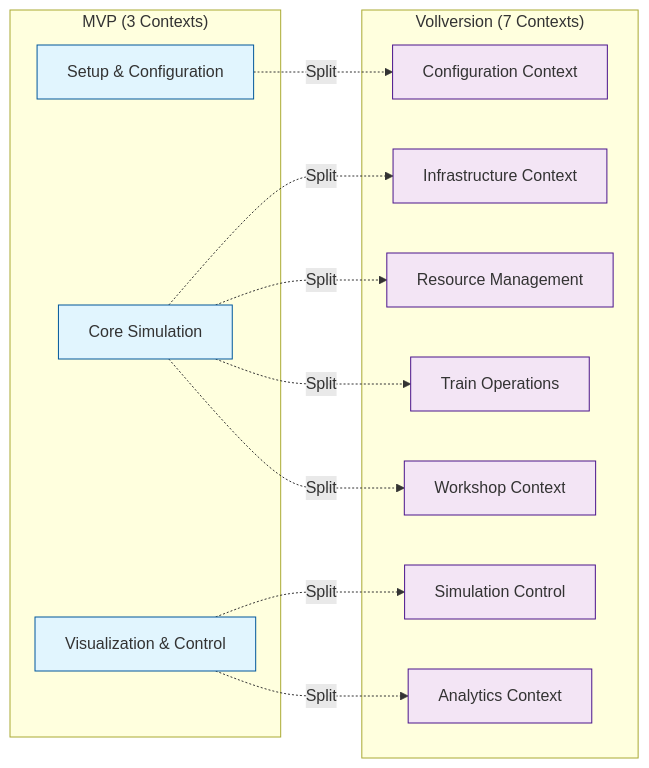
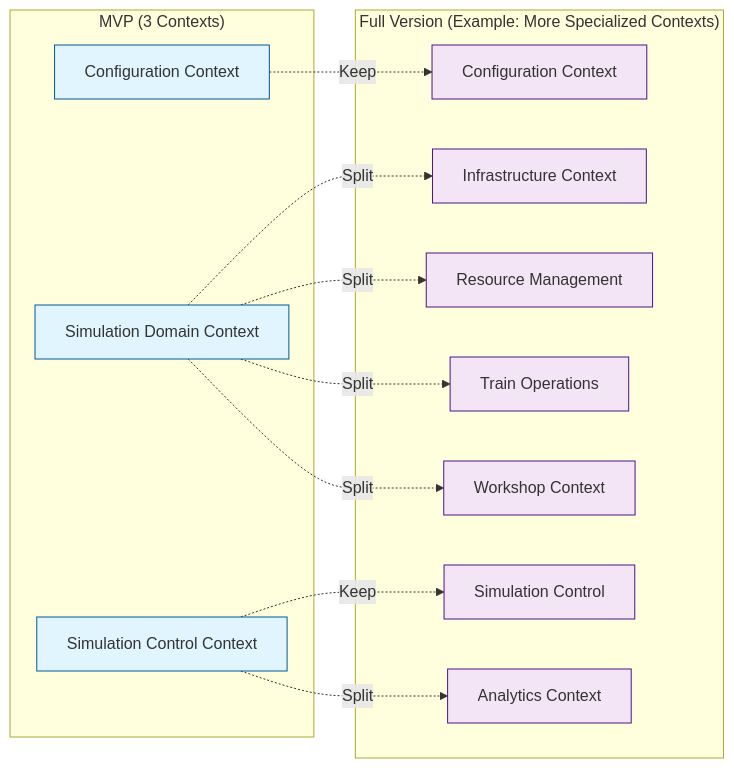
The second of 2 diagrams in docs/mvp/development/02-mvp-contexts.md (OpenRailAssociation/dac-migration-dss-popupsim), drawn with Mermaid before and after one commit. The commit also changed other lines of this file and 22 other files, not shown here.

````diff
--- a/docs/mvp/development/02-mvp-contexts.md
+++ b/docs/mvp/development/02-mvp-contexts.md
@@ -542,32 +227,32 @@
 ```mermaid
 graph LR
     subgraph "MVP (3 Contexts)"
-        SC_MVP[Setup & Configuration]
-        CS_MVP[Core Simulation]
-        VC_MVP[Visualization & Control]
+        CC_MVP[Configuration Context]
+        SDC_MVP[Simulation Domain Context]
+        SCC_MVP[Simulation Control Context]
     end
 
-    subgraph "Vollversion (7 Contexts)"
+    subgraph "Full Version (Example: More Specialized Contexts)"
         CC[Configuration Context]
         IC[Infrastructure Context]
         RM[Resource Management]
         TO[Train Operations]
         WS[Workshop Context]
         SIM[Simulation Control]
         AN[Analytics Context]
     end
 
-    SC_MVP -.->|Split| CC
-    CS_MVP -.->|Split| IC
-    CS_MVP -.->|Split| RM
-    CS_MVP -.->|Split| TO
-    CS_MVP -.->|Split| WS
-    VC_MVP -.->|Split| SIM
-    VC_MVP -.->|Split| AN
+    CC_MVP -.->|Keep| CC
+    SDC_MVP -.->|Split| IC
+    SDC_MVP -.->|Split| RM
+    SDC_MVP -.->|Split| TO
+    SDC_MVP -.->|Split| WS
+    SCC_MVP -.->|Keep| SIM
+    SCC_MVP -.->|Split| AN
 
     classDef mvp fill:#e1f5fe,stroke:#01579b
     classDef full fill:#f3e5f5,stroke:#4a148c
 
-    class SC_MVP,CS_MVP,VC_MVP mvp
+    class CC_MVP,SDC_MVP,SCC_MVP mvp
     class CC,IC,RM,TO,WS,SIM,AN full
 ```
````
